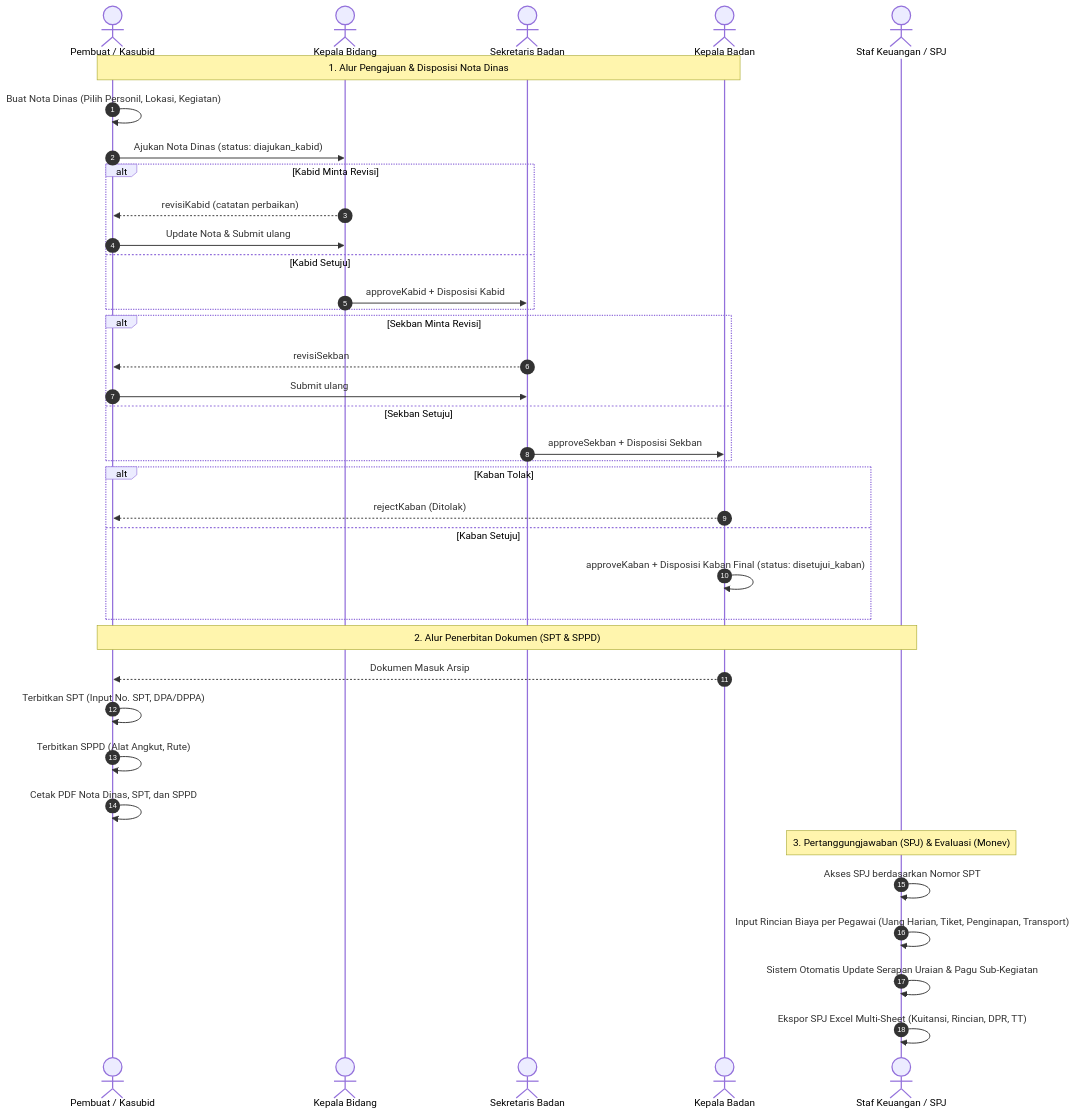
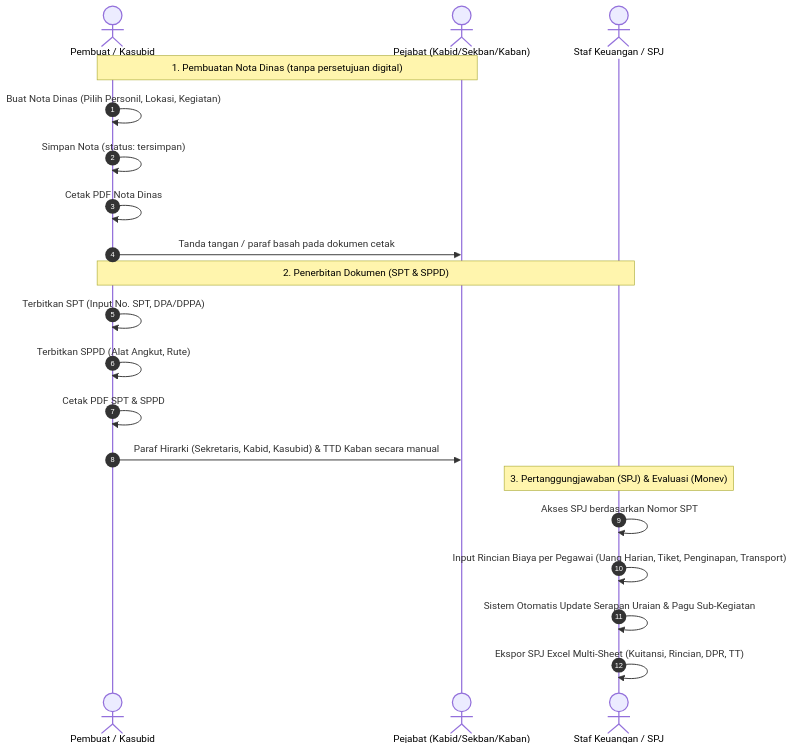
One commit to rakhapradana01/app_sptV2 changed the fourth of 4 diagrams in BUSINESS_FLOWS.md. Above: the diagram before and after it, drawn with Mermaid. The commit also changed other lines of this file and 20 other files, not shown here.

Commit message:
perbaikan nota dinas

````diff
--- a/BUSINESS_FLOWS.md
+++ b/BUSINESS_FLOWS.md
@@ -373,44 +364,25 @@
 ```mermaid
 sequenceDiagram
     autonumber
     actor Staf as Pembuat / Kasubid
-    actor Kabid as Kepala Bidang
-    actor Sekban as Sekretaris Badan
-    actor Kaban as Kepala Badan
+    actor Pejabat as Pejabat (Kabid/Sekban/Kaban)
     actor Keuangan as Staf Keuangan / SPJ
 
-    Note over Staf, Kaban: 1. Alur Pengajuan & Disposisi Nota Dinas
+    Note over Staf, Pejabat: 1. Pembuatan Nota Dinas (tanpa persetujuan digital)
     Staf->>Staf: Buat Nota Dinas (Pilih Personil, Lokasi, Kegiatan)
-    Staf->>Kabid: Ajukan Nota Dinas (status: diajukan_kabid)
-    alt Kabid Minta Revisi
-        Kabid-->>Staf: revisiKabid (catatan perbaikan)
-        Staf->>Kabid: Update Nota & Submit ulang
-    else Kabid Setuju
-        Kabid->>Sekban: approveKabid + Disposisi Kabid
-    end
+    Staf->>Staf: Simpan Nota (status: tersimpan)
+    Staf->>Staf: Cetak PDF Nota Dinas
+    Staf->>Pejabat: Tanda tangan / paraf basah pada dokumen cetak
 
-    alt Sekban Minta Revisi
-        Sekban-->>Staf: revisiSekban
-        Staf->>Sekban: Submit ulang
-    else Sekban Setuju
-        Sekban->>Kaban: approveSekban + Disposisi Sekban
-    end
-
-    alt Kaban Tolak
-        Kaban-->>Staf: rejectKaban (Ditolak)
-    else Kaban Setuju
-        Kaban->>Kaban: approveKaban + Disposisi Kaban Final (status: disetujui_kaban)
-    end
-
-    Note over Staf, Keuangan: 2. Alur Penerbitan Dokumen (SPT & SPPD)
-    Kaban-->>Staf: Dokumen Masuk Arsip
+    Note over Staf, Keuangan: 2. Penerbitan Dokumen (SPT & SPPD)
     Staf->>Staf: Terbitkan SPT (Input No. SPT, DPA/DPPA)
     Staf->>Staf: Terbitkan SPPD (Alat Angkut, Rute)
-    Staf->>Staf: Cetak PDF Nota Dinas, SPT, dan SPPD
+    Staf->>Staf: Cetak PDF SPT & SPPD
+    Staf->>Pejabat: Paraf Hirarki (Sekretaris, Kabid, Kasubid) & TTD Kaban secara manual
 
     Note over Keuangan: 3. Pertanggungjawaban (SPJ) & Evaluasi (Monev)
     Keuangan->>Keuangan: Akses SPJ berdasarkan Nomor SPT
     Keuangan->>Keuangan: Input Rincian Biaya per Pegawai (Uang Harian, Tiket, Penginapan, Transport)
     Keuangan->>Keuangan: Sistem Otomatis Update Serapan Uraian & Pagu Sub-Kegiatan
     Keuangan->>Keuangan: Ekspor SPJ Excel Multi-Sheet (Kuitansi, Rincian, DPR, TT)
 ```
````
